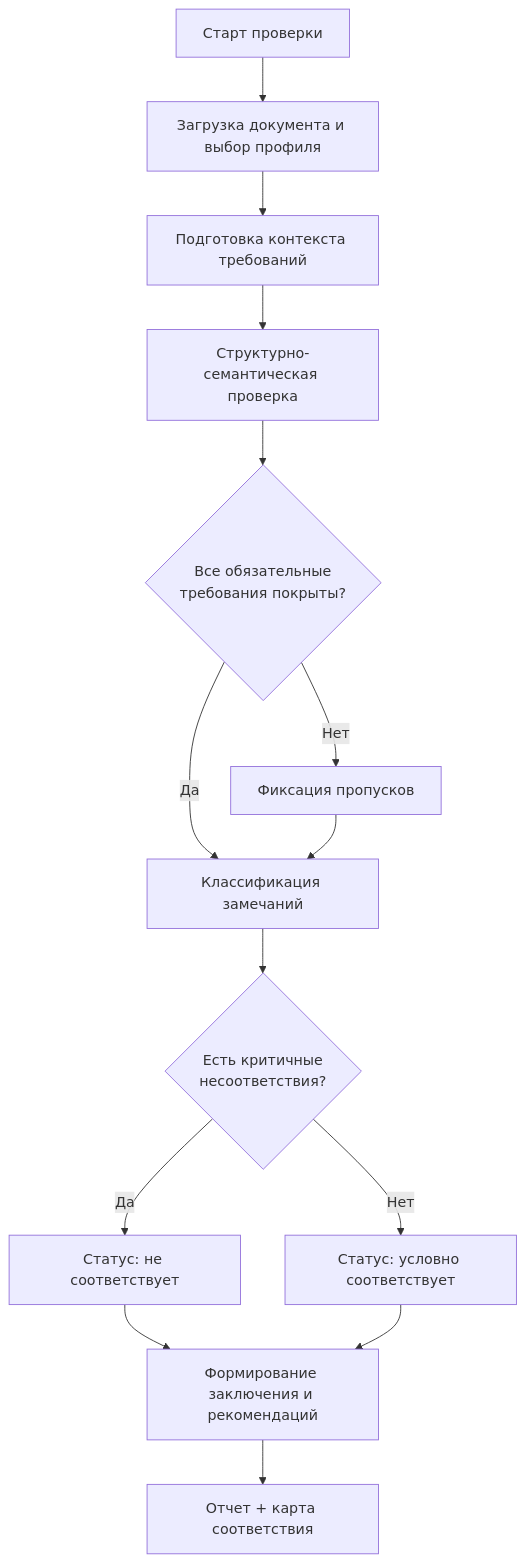
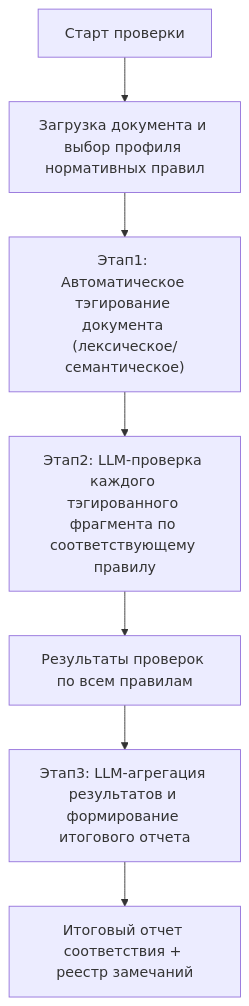
One commit to Trump68/infra changed diagram 17 of 19 in TZ/1.Пояснительная записка к техническому проекту.md. Above: the diagram before and after it, drawn with Mermaid. The commit also changed other lines of this file and 1 other file, not shown here.

````diff
--- a/TZ/1.Пояснительная записка к техническому проекту.md
+++ b/TZ/1.Пояснительная записка к техническому проекту.md
@@ -2294,16 +2316,9 @@
 ```mermaid
 flowchart TD
-  start["Старт проверки"] --> upload["Загрузка документа и выбор профиля"]
-  upload --> prep["Подготовка контекста требований"]
-  prep --> check["Структурно-семантическая проверка"]
-  check --> full{"Все обязательные\nтребования покрыты?"}
-  full -->|"Да"| classify["Классификация замечаний"]
-  full -->|"Нет"| gaps["Фиксация пропусков"]
-  gaps --> classify
-  classify --> critical{"Есть критичные\nнесоответствия?"}
-  critical -->|"Да"| decision1["Статус: не соответствует"]
-  critical -->|"Нет"| decision2["Статус: условно соответствует"]
-  decision1 --> report["Формирование заключения и рекомендаций"]
-  decision2 --> report
-  report --> finish["Отчет + карта соответствия"]
+  start["Старт проверки"] --> input["Загрузка документа и выбор профиля нормативных правил"]
+  input --> stage1["Этап1: Автоматическое тэгирование документа (лексическое/семантическое)"]
+  stage1 --> stage2["Этап2: LLM-проверка каждого тэгированного фрагмента по соответствующему правилу"]
+  stage2 --> ruleResults["Результаты проверок по всем правилам"]
+  ruleResults --> stage3["Этап3: LLM-агрегация результатов и формирование итогового отчета"]
+  stage3 --> finish["Итоговый отчет соответствия + реестр замечаний"]
 ```
````
